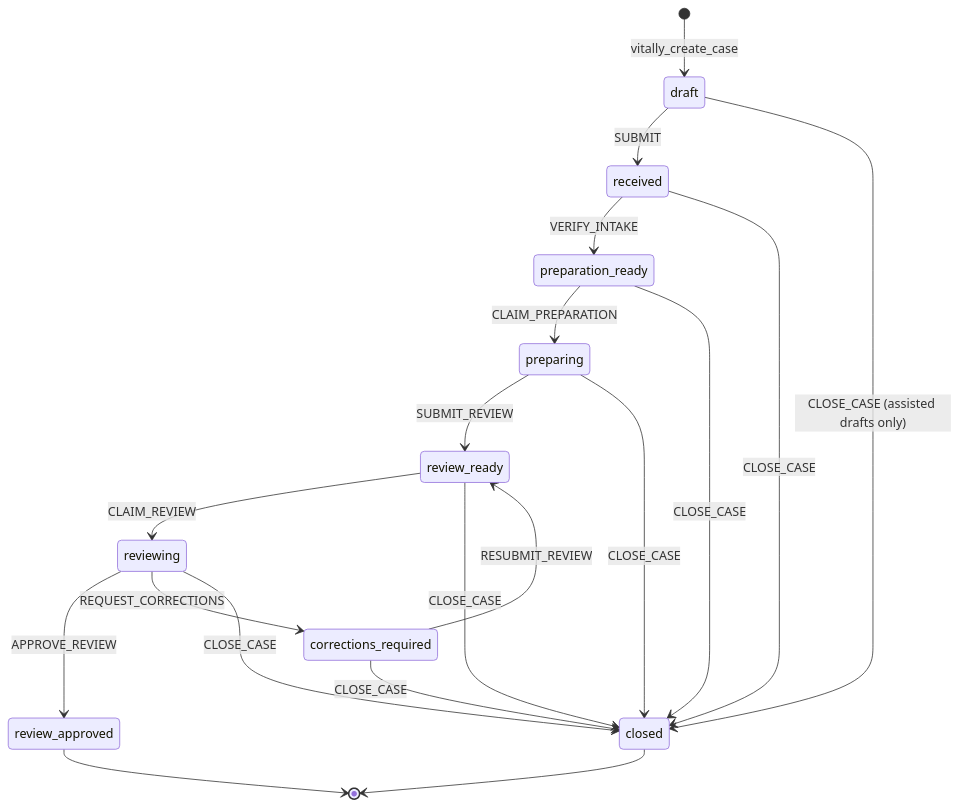
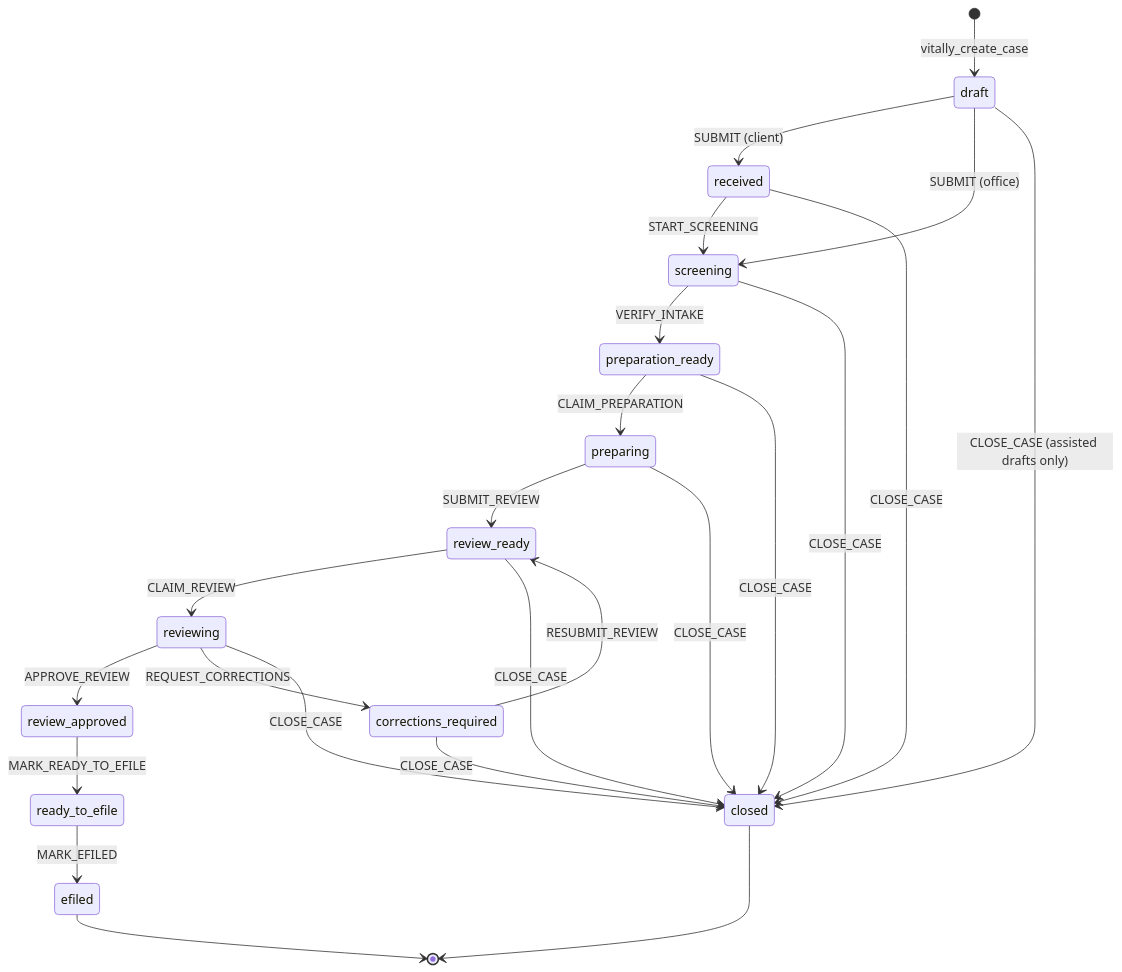
Before and after one commit to jin-yu-yang/VITA-Management-System-Demo: the second of 2 diagrams in docs/developer/database.md, drawn with Mermaid. The commit also changed other lines of this file and 5 other files, not shown here.

First line of the commit message:
Docs: the lifecycle diagram's screening box and wording, and the new stages and actions

````diff
--- a/docs/developer/database.md
+++ b/docs/developer/database.md
@@ -293,21 +294,26 @@
 ```mermaid
 stateDiagram-v2
   [*] --> draft: vitally_create_case
-  draft --> received: SUBMIT
-  received --> preparation_ready: VERIFY_INTAKE
+  draft --> received: SUBMIT (client)
+  draft --> screening: SUBMIT (office)
+  received --> screening: START_SCREENING
+  screening --> preparation_ready: VERIFY_INTAKE
   preparation_ready --> preparing: CLAIM_PREPARATION
   preparing --> review_ready: SUBMIT_REVIEW
   review_ready --> reviewing: CLAIM_REVIEW
   reviewing --> review_approved: APPROVE_REVIEW
+  review_approved --> ready_to_efile: MARK_READY_TO_EFILE
+  ready_to_efile --> efiled: MARK_EFILED
   reviewing --> corrections_required: REQUEST_CORRECTIONS
   corrections_required --> review_ready: RESUBMIT_REVIEW
   received --> closed: CLOSE_CASE
+  screening --> closed: CLOSE_CASE
   preparation_ready --> closed: CLOSE_CASE
   preparing --> closed: CLOSE_CASE
   review_ready --> closed: CLOSE_CASE
   reviewing --> closed: CLOSE_CASE
   corrections_required --> closed: CLOSE_CASE
   draft --> closed: CLOSE_CASE (assisted drafts only)
-  review_approved --> [*]
+  efiled --> [*]
   closed --> [*]
 ```
````
